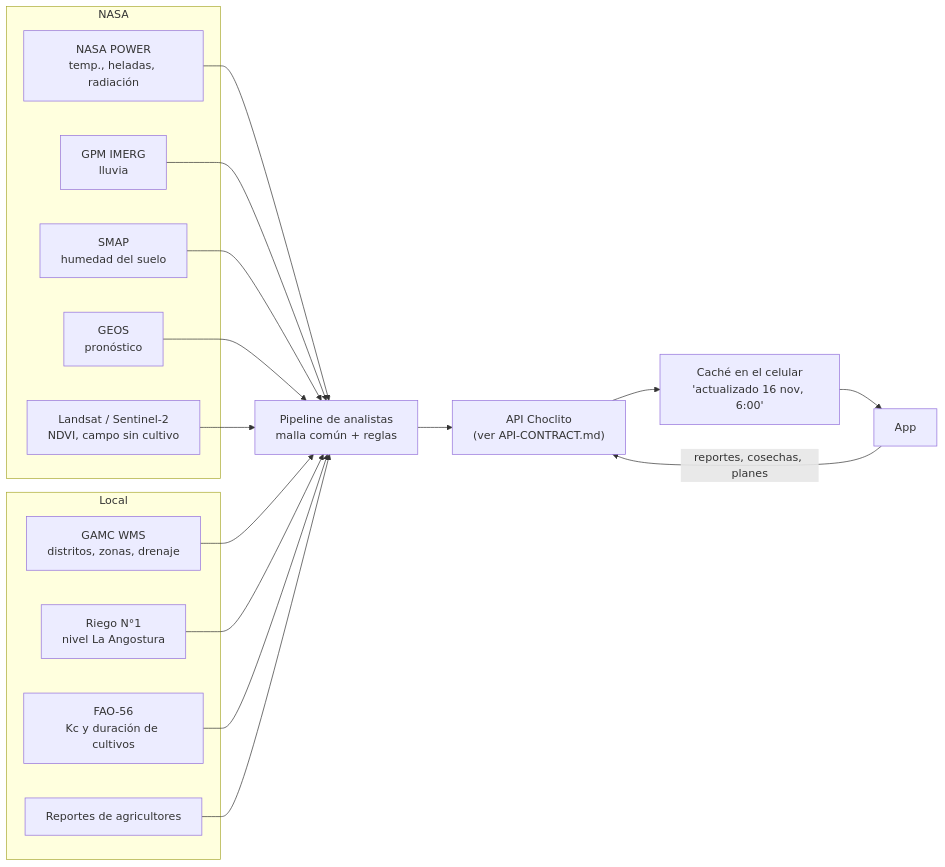
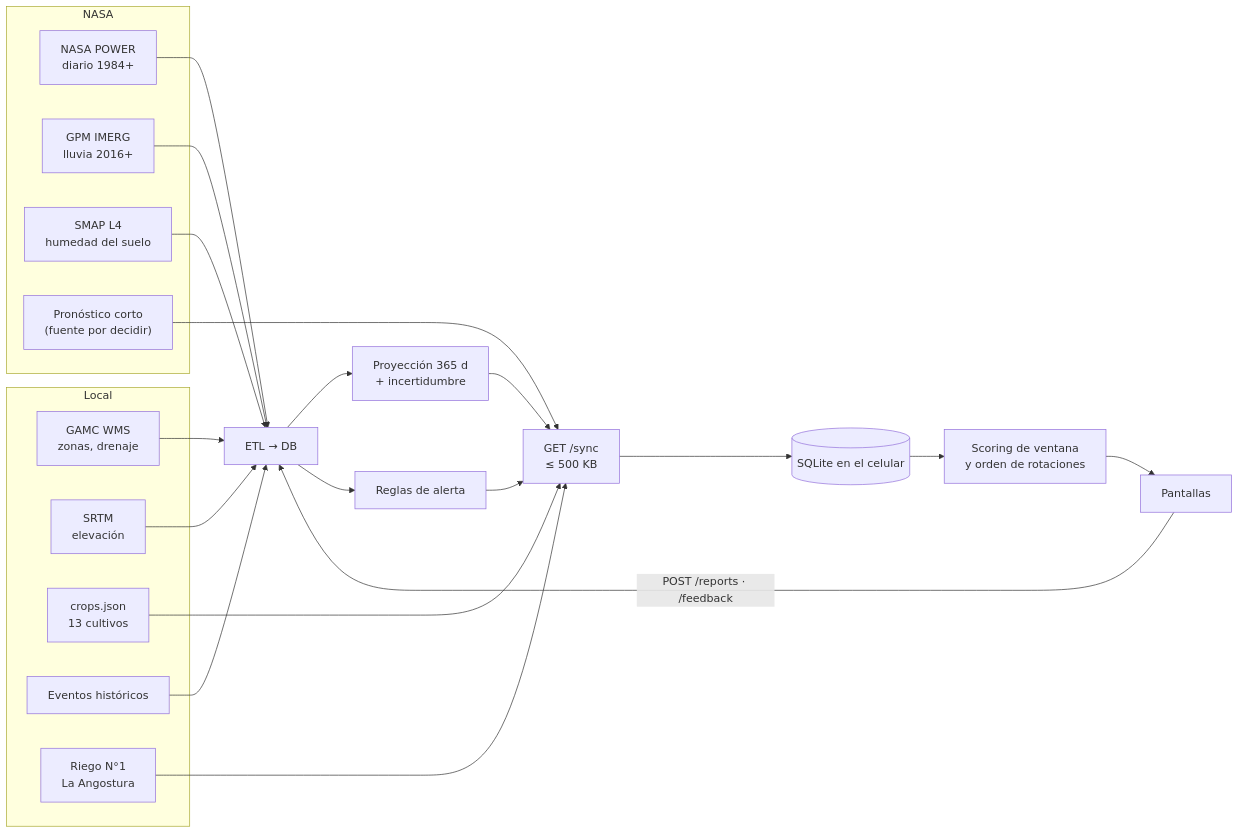
The ninth of 9 diagrams in docs/FLUJO-APP.md (willypaz243/field-shift-challenge), drawn with Mermaid before and after one commit. The commit also changed other lines of this file and 1 other file, not shown here.

Commit message:
docs: align API contract and flows with backlog and crop catalog
- Offline-first split: server projects and packs /sync, phone scores
  sowing windows and ranks rotations.
- Use backlog endpoints (/zones, /crops, /zones/{id}/forecast, /sync)
  and crops.json variable names (tmin, tmax, pmm, sm_surface...).
- Map mockup crop ids to the catalog; list missing catalog fields.
- Document IMERG (UTC day, 0.1 deg, final vs late) and SMAP caveats.
- Flag missing 14-day short-range forecast needed by Hoy and alerts.

````diff
--- a/docs/FLUJO-APP.md
+++ b/docs/FLUJO-APP.md
@@ -219,22 +221,24 @@
 ```mermaid
 flowchart LR
     subgraph NASA
-        POWER["NASA POWER<br/>temp., heladas, radiación"]
-        IMERG["GPM IMERG<br/>lluvia"]
-        SMAP["SMAP<br/>humedad del suelo"]
-        GEOS["GEOS<br/>pronóstico"]
-        LS["Landsat / Sentinel-2<br/>NDVI, campo sin cultivo"]
+        POWER["NASA POWER<br/>diario 1984+"]
+        IMERG["GPM IMERG<br/>lluvia 2016+"]
+        SMAP["SMAP L4<br/>humedad del suelo"]
+        GEOS["Pronóstico corto<br/>(fuente por decidir)"]
     end
     subgraph Local
-        GAMC["GAMC WMS<br/>distritos, zonas, drenaje"]
-        ANG["Riego N°1<br/>nivel La Angostura"]
-        FAO["FAO-56<br/>Kc y duración de cultivos"]
-        REP["Reportes de agricultores"]
+        GAMC["GAMC WMS<br/>zonas, drenaje"]
+        SRTM["SRTM<br/>elevación"]
+        CROPS["crops.json<br/>13 cultivos"]
+        EV["Eventos históricos"]
+        ANG["Riego N°1<br/>La Angostura"]
     end
-    POWER & IMERG & SMAP & GEOS & LS --> ETL["Pipeline de analistas<br/>malla común + reglas"]
-    GAMC & ANG & FAO & REP --> ETL
-    ETL --> API["API Choclito<br/>(ver API-CONTRACT.md)"]
-    API --> CACHE["Caché en el celular<br/>'actualizado 16 nov, 6:00'"]
-    CACHE --> APP["App"]
-    APP -->|reportes, cosechas, planes| API
+    POWER & IMERG & SMAP & GAMC & SRTM & EV --> ETL["ETL → DB"]
+    ETL --> MOD["Proyección 365 d<br/>+ incertidumbre"]
+    ETL --> ALR["Reglas de alerta"]
+    MOD & ALR & CROPS & ANG & GEOS --> SYNC["GET /sync<br/>≤ 500 KB"]
+    SYNC --> SQL[("SQLite en el celular")]
+    SQL --> SC["Scoring de ventana<br/>y orden de rotaciones"]
+    SC --> APP["Pantallas"]
+    APP -->|POST /reports · /feedback| ETL
 ```
````
